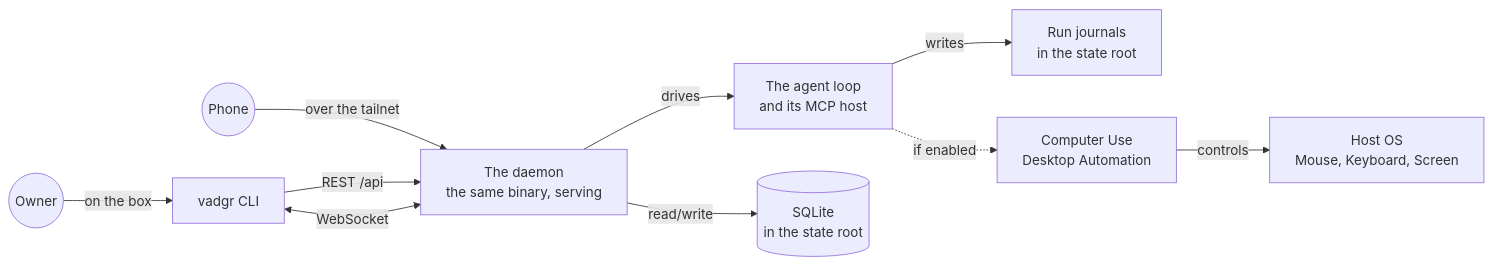
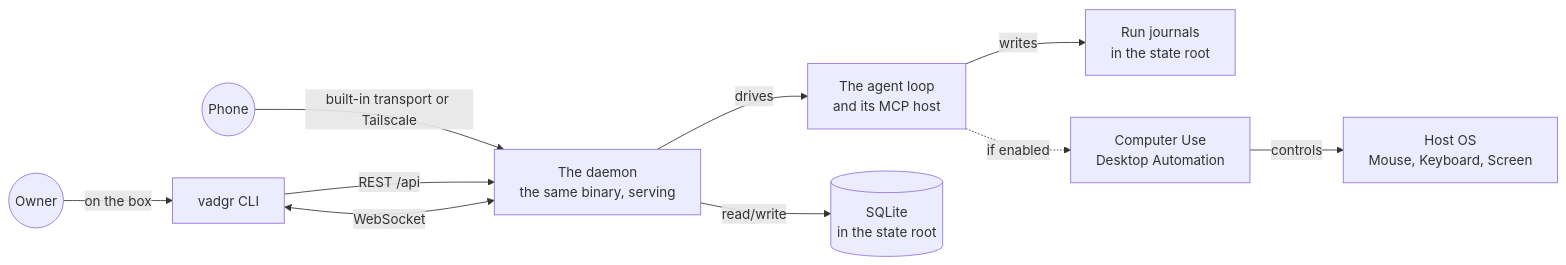
One commit to MONTBRAIN/vadgr changed the diagram in README.md. Above: the diagram before and after it, drawn with Mermaid. The commit also changed other lines of this file and 51 other files, not shown here.

First line of the commit message:
The built-in transport: an iroh endpoint beside Tailscale (0.4.10) (#207)

````diff
--- a/README.md
+++ b/README.md
@@ -109,12 +109,12 @@
 ```mermaid
 graph LR
     Owner((Owner)) -->|on the box| VCLI[vadgr CLI]
-    Phone((Phone)) -->|over the tailnet| API
+    Phone((Phone)) -->|built-in transport or Tailscale| API
     VCLI -->|REST /api| API[The daemon<br/>the same binary, serving]
     VCLI <-->|WebSocket| API
     API -->|drives| Loop[The agent loop<br/>and its MCP host]
     API -->|read/write| DB[(SQLite<br/>in the state root)]
     Loop -->|writes| Journal[Run journals<br/>in the state root]
     Loop -.->|if enabled| CU[Computer Use<br/>Desktop Automation]
     CU -->|controls| Desktop[Host OS<br/>Mouse, Keyboard, Screen]
 ```
````
